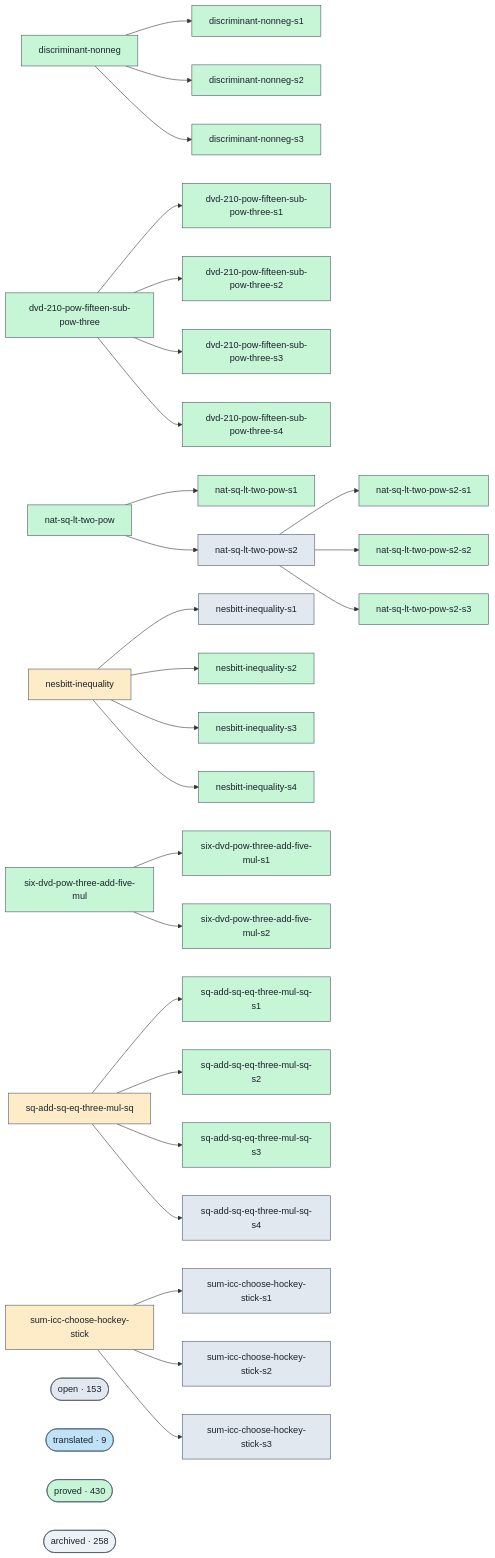
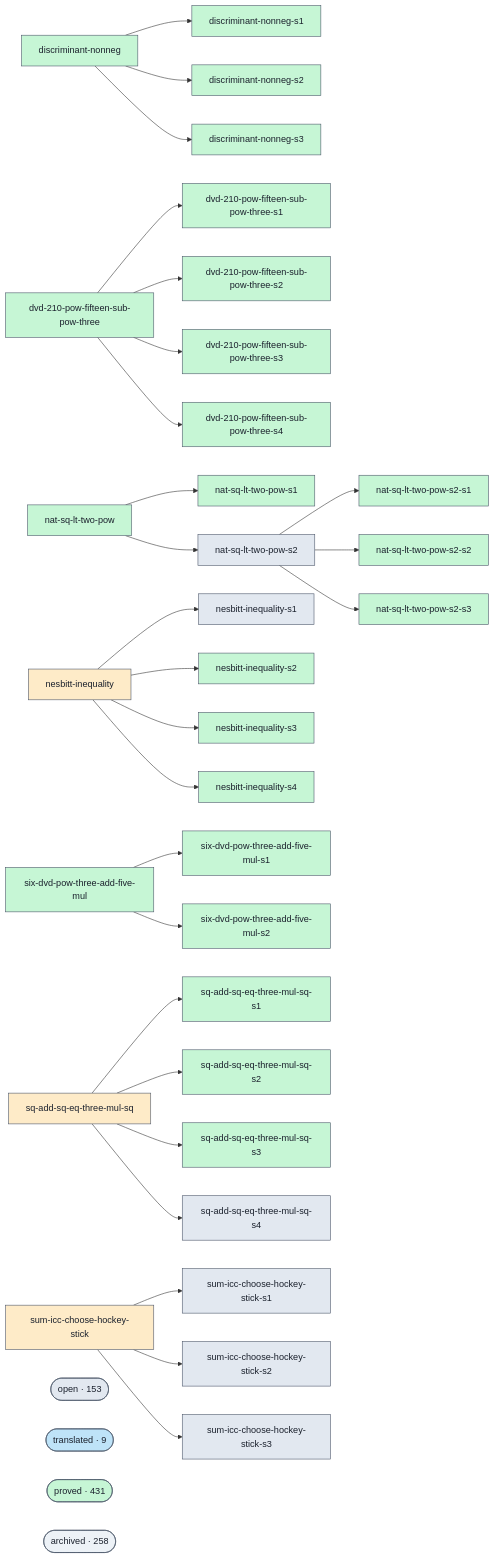
The diagram in docs/proofs-contributors-visualisation.md (Rauxon/unsorry), drawn with Mermaid before and after one commit. The commit also changed other lines of this file and 2 other files, not shown here.

```diff
--- a/docs/proofs-contributors-visualisation.md
+++ b/docs/proofs-contributors-visualisation.md
@@ -147,7 +147,7 @@
   class cluster_open open;
   cluster_translated(["translated · 9"])
   class cluster_translated translated;
-  cluster_proved(["proved · 430"])
+  cluster_proved(["proved · 431"])
   class cluster_proved proved;
   cluster_archived(["archived · 258"])
   class cluster_archived unknown;
```
